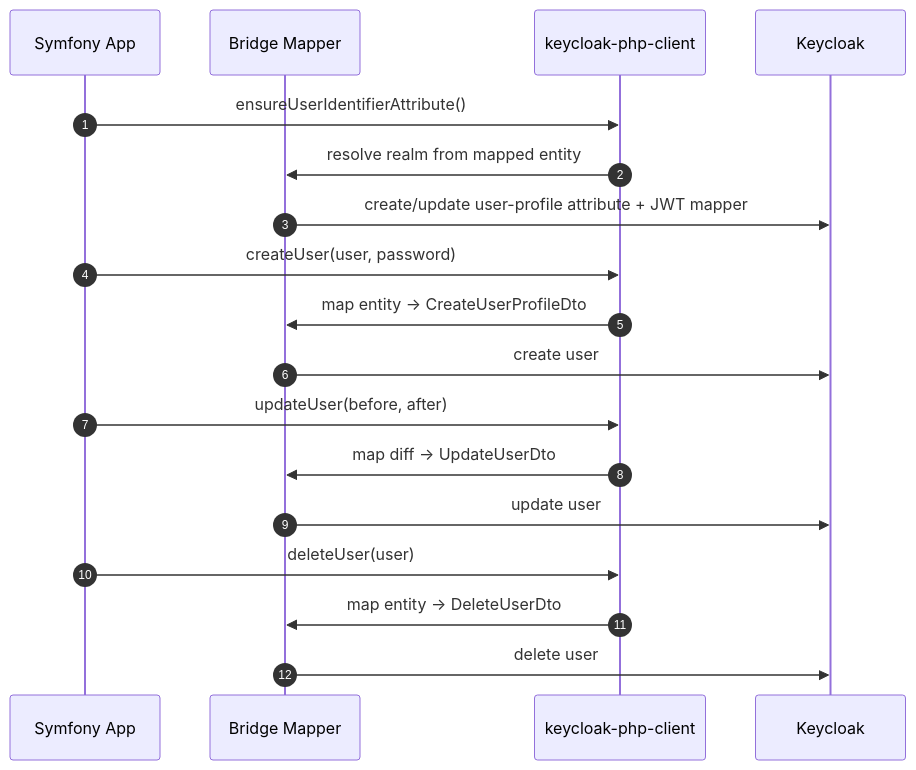
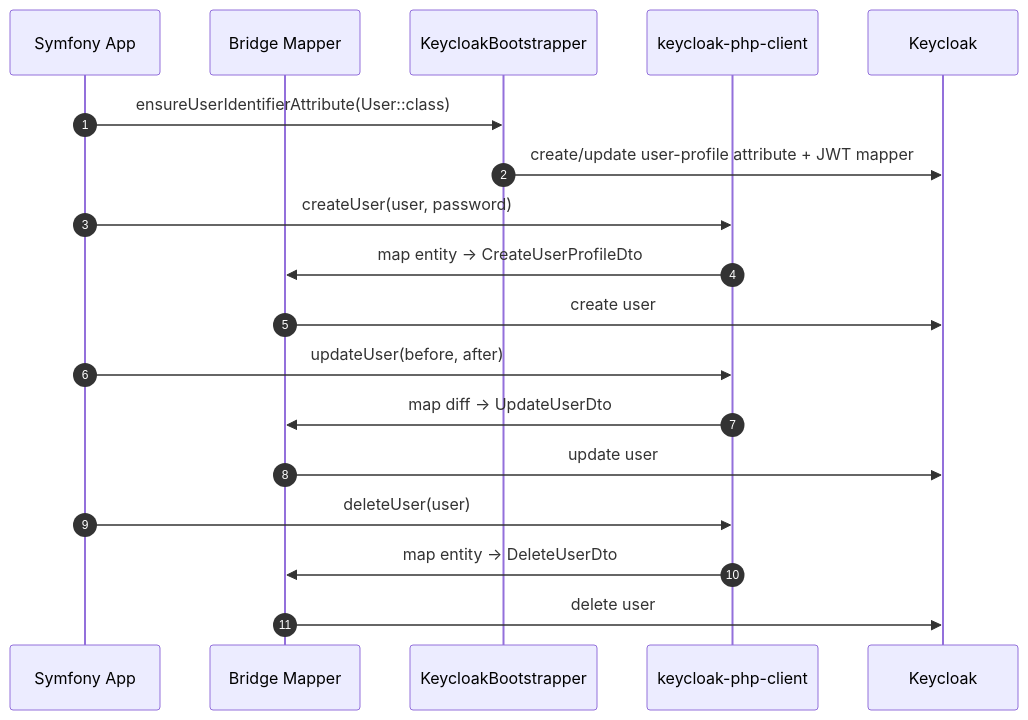
One commit to apacheborys/symfony-keycloak-bundle changed the second of 2 diagrams in docs/quick-start.md. Above: the diagram before and after it, drawn with Mermaid. The commit also changed other lines of this file and 14 other files, not shown here.

````diff
--- a/docs/quick-start.md
+++ b/docs/quick-start.md
@@ -159,24 +150,24 @@
 ```mermaid
 sequenceDiagram
     autonumber
     participant App as Symfony App
     participant Bridge as Bridge Mapper
+    participant Bootstrap as KeycloakBootstrapper
     participant Client as keycloak-php-client
     participant KC as Keycloak
 
-    App->>Client: ensureUserIdentifierAttribute()
-    Client->>Bridge: resolve realm from mapped entity
-    Bridge->>KC: create/update user-profile attribute + JWT mapper
+    App->>Bootstrap: ensureUserIdentifierAttribute(User::class)
+    Bootstrap->>KC: create/update user-profile attribute + JWT mapper
 
     App->>Client: createUser(user, password)
     Client->>Bridge: map entity -> CreateUserProfileDto
     Bridge->>KC: create user
 
     App->>Client: updateUser(before, after)
     Client->>Bridge: map diff -> UpdateUserDto
     Bridge->>KC: update user
 
     App->>Client: deleteUser(user)
     Client->>Bridge: map entity -> DeleteUserDto
     Bridge->>KC: delete user
 ```
````
